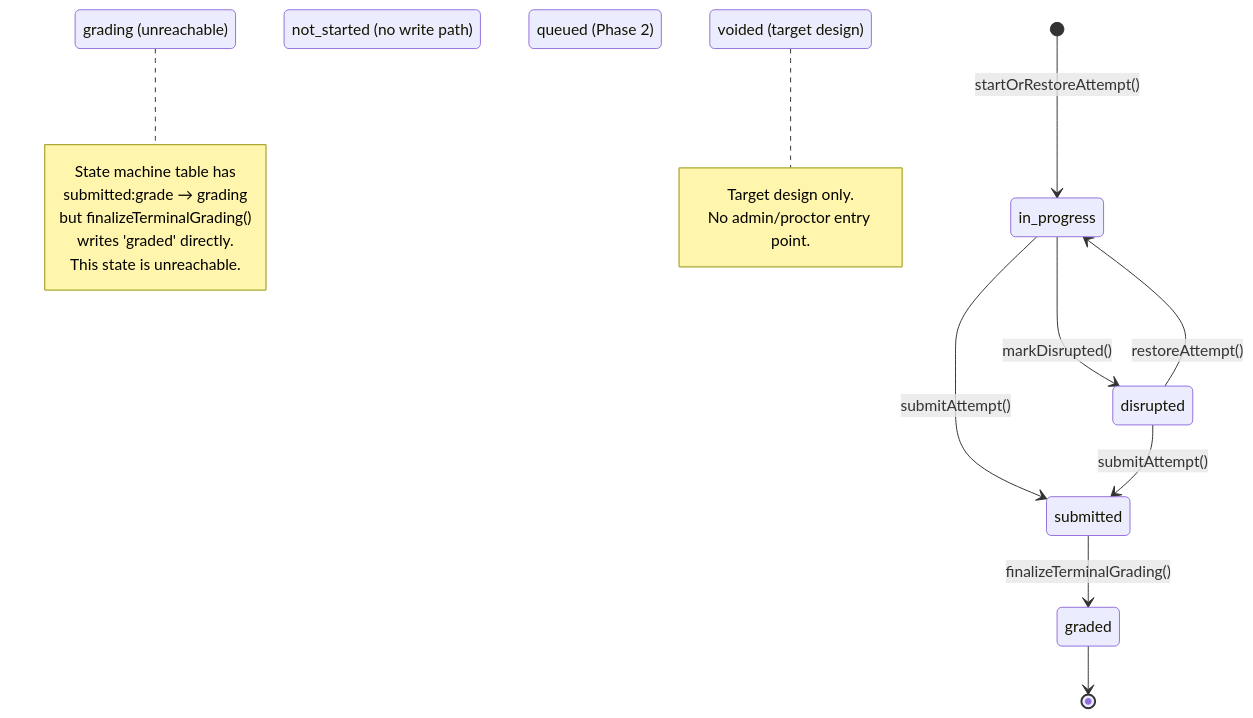
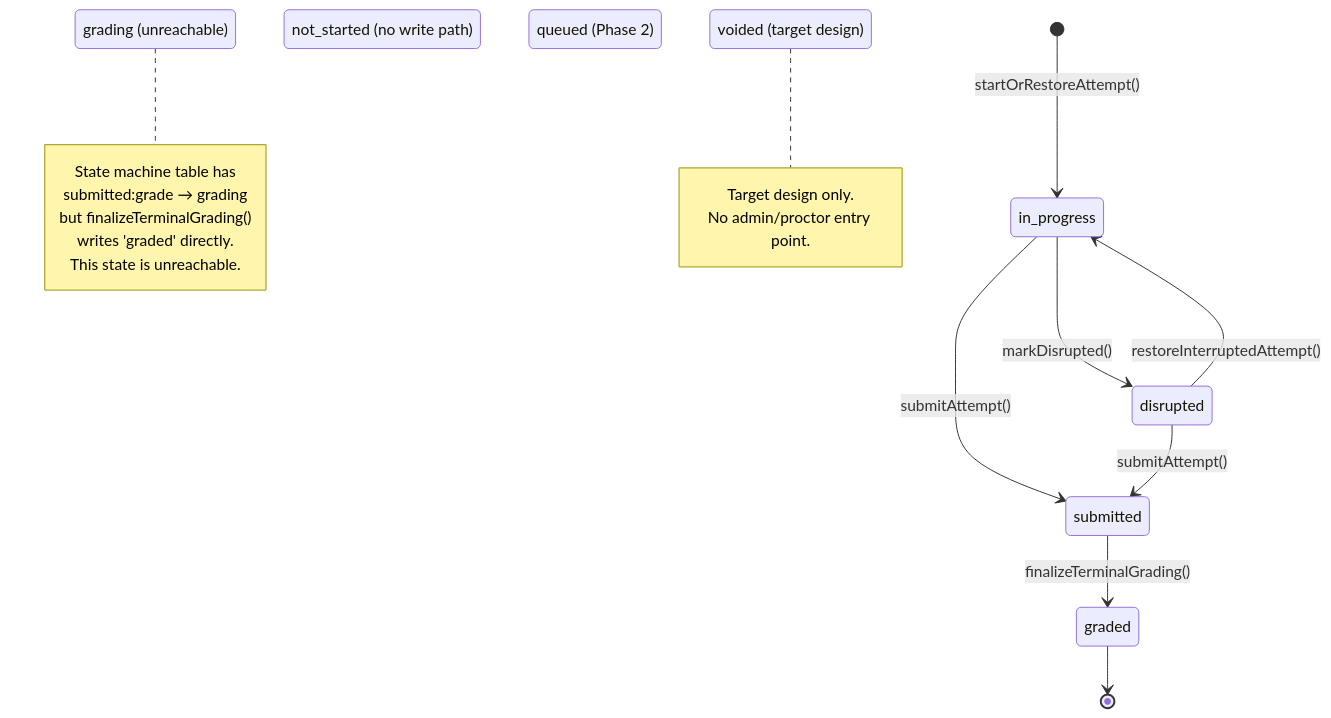
Before and after one commit to jnhu76/exam: the second of 5 diagrams in docs/architecture/exam-system/state-and-authority.md, drawn with Mermaid. The commit also changed other lines of this file and 16 other files, not shown here.

````diff
--- a/docs/architecture/exam-system/state-and-authority.md
+++ b/docs/architecture/exam-system/state-and-authority.md
@@ -126,28 +126,28 @@
 ```mermaid
 stateDiagram-v2
     [*] --> in_progress: startOrRestoreAttempt()
 
     in_progress --> submitted: submitAttempt()
     in_progress --> disrupted: markDisrupted()
     disrupted --> submitted: submitAttempt()
-    disrupted --> in_progress: restoreAttempt()
+    disrupted --> in_progress: restoreInterruptedAttempt()
     submitted --> graded: finalizeTerminalGrading()
     graded --> [*]
 
     state "not_started (no write path)" as not_started
     state "queued (Phase 2)" as queued
     state "grading (unreachable)" as grading
     state "voided (target design)" as voided
 
     note right of grading
         State machine table has
         submitted:grade → grading
         but finalizeTerminalGrading()
         writes 'graded' directly.
         This state is unreachable.
     end note
     note right of voided
         Target design only.
         No admin/proctor entry point.
     end note
 ```
````
